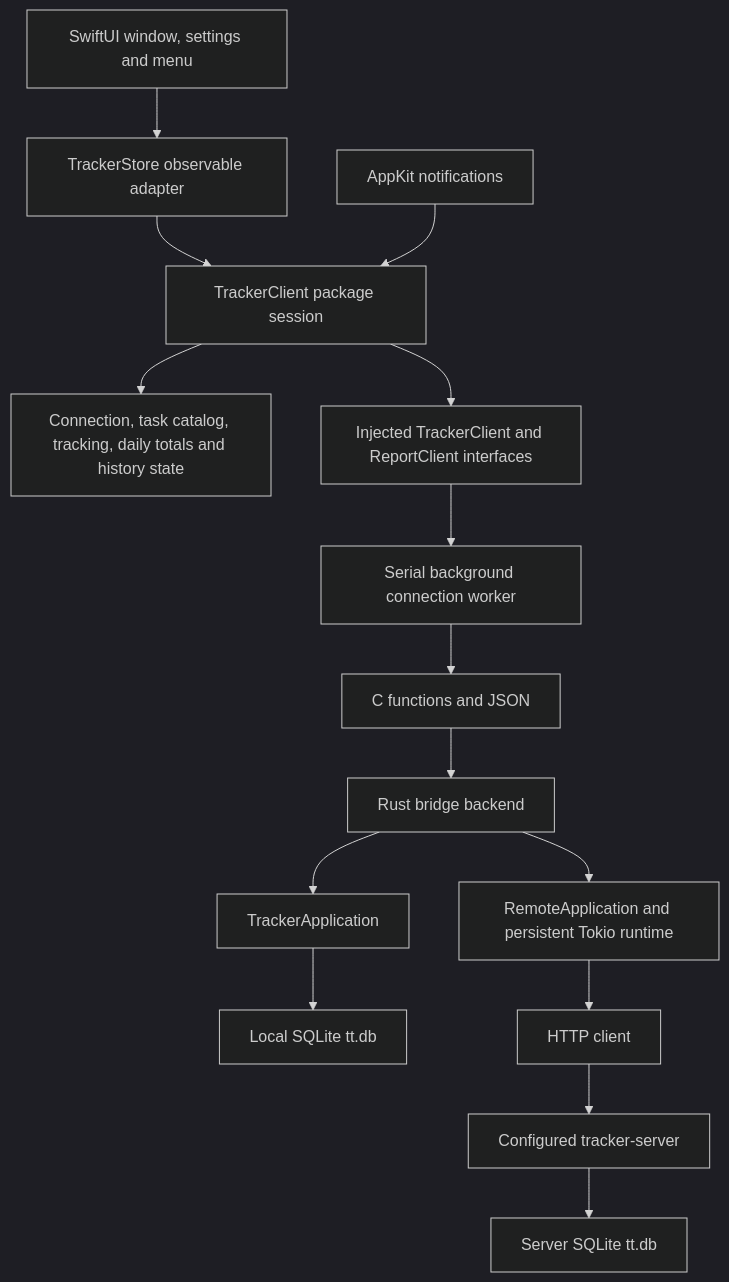
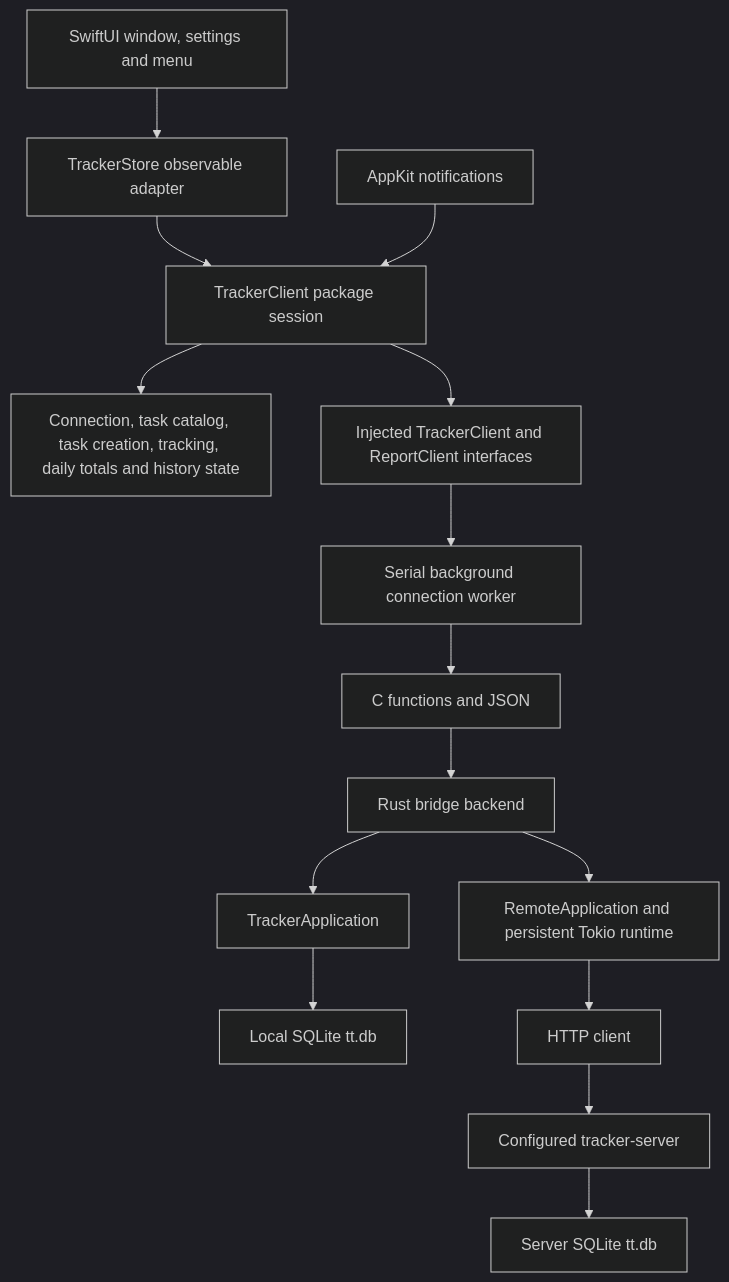
The diagram in apps/swiftui/README.md (remshams/time-tracker), drawn with Mermaid (dark theme) before and after one commit. The commit also changed other lines of this file and 7 other files, not shown here.

Commit message:
feat(SwiftUI): add task creation sheet to the main window

````diff
--- a/apps/swiftui/README.md
+++ b/apps/swiftui/README.md
@@ -110,17 +118,17 @@
 ```mermaid
 flowchart TD
     UI[SwiftUI window, settings and menu] --> Store[TrackerStore observable adapter]
     Store --> Session[TrackerClient package session]
-    Session --> Features[Connection, task catalog, tracking, daily totals and history state]
+    Session --> Features[Connection, task catalog, task creation, tracking, daily totals and history state]
     Lifecycle[AppKit notifications] --> Session
     Session --> Port[Injected TrackerClient and ReportClient interfaces]
     Port --> Worker[Serial background connection worker]
     Worker --> ABI[C functions and JSON]
     ABI --> Backend[Rust bridge backend]
     Backend --> Local[TrackerApplication]
     Local --> DB[Local SQLite tt.db]
     Backend --> Remote[RemoteApplication and persistent Tokio runtime]
     Remote --> HTTP[HTTP client]
     HTTP --> Server[Configured tracker-server]
     Server --> ServerDB[Server SQLite tt.db]
 ```
````
